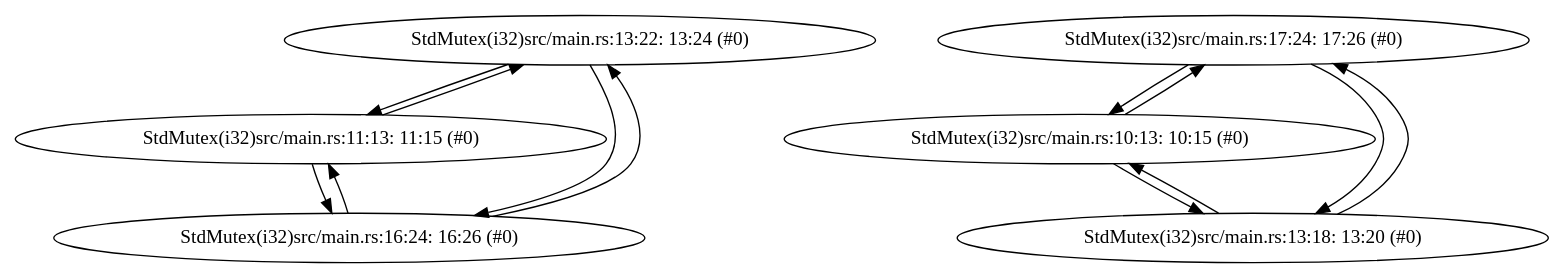
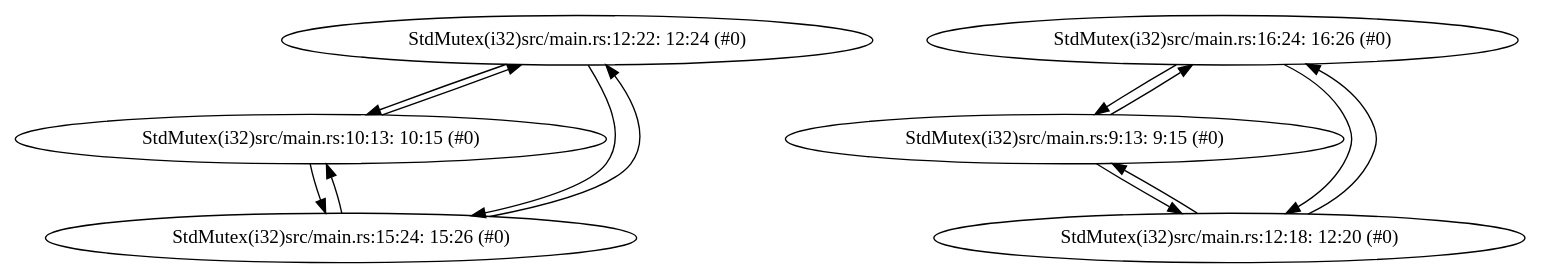
Before and after one commit to kevindadi/RustPTA: the diagram in toys/call-no-deadlock/pts_map.dot, drawn with Graphviz. The commit also changed 26 other files, not shown here.

```diff
--- a/toys/call-no-deadlock/pts_map.dot
+++ b/toys/call-no-deadlock/pts_map.dot
@@ -1,20 +1,20 @@
 digraph {
-    0 [ label = "StdMutex(i32)src/main.rs:13:22: 13:24 (#0)" ]
-    1 [ label = "StdMutex(i32)src/main.rs:11:13: 11:15 (#0)" ]
-    2 [ label = "StdMutex(i32)src/main.rs:16:24: 16:26 (#0)" ]
-    3 [ label = "StdMutex(i32)src/main.rs:17:24: 17:26 (#0)" ]
-    4 [ label = "StdMutex(i32)src/main.rs:10:13: 10:15 (#0)" ]
-    5 [ label = "StdMutex(i32)src/main.rs:13:18: 13:20 (#0)" ]
+    0 [ label = "StdMutex(i32)src/main.rs:12:22: 12:24 (#0)" ]
+    1 [ label = "StdMutex(i32)src/main.rs:10:13: 10:15 (#0)" ]
+    2 [ label = "StdMutex(i32)src/main.rs:15:24: 15:26 (#0)" ]
+    3 [ label = "StdMutex(i32)src/main.rs:16:24: 16:26 (#0)" ]
+    4 [ label = "StdMutex(i32)src/main.rs:9:13: 9:15 (#0)" ]
+    5 [ label = "StdMutex(i32)src/main.rs:12:18: 12:20 (#0)" ]
     0 -> 1 [ label = "" ]
     1 -> 0 [ label = "" ]
     2 -> 1 [ label = "" ]
     3 -> 4 [ label = "" ]
     4 -> 3 [ label = "" ]
     1 -> 2 [ label = "" ]
     5 -> 3 [ label = "" ]
     3 -> 5 [ label = "" ]
     0 -> 2 [ label = "" ]
     5 -> 4 [ label = "" ]
     4 -> 5 [ label = "" ]
     2 -> 0 [ label = "" ]
 }
```
